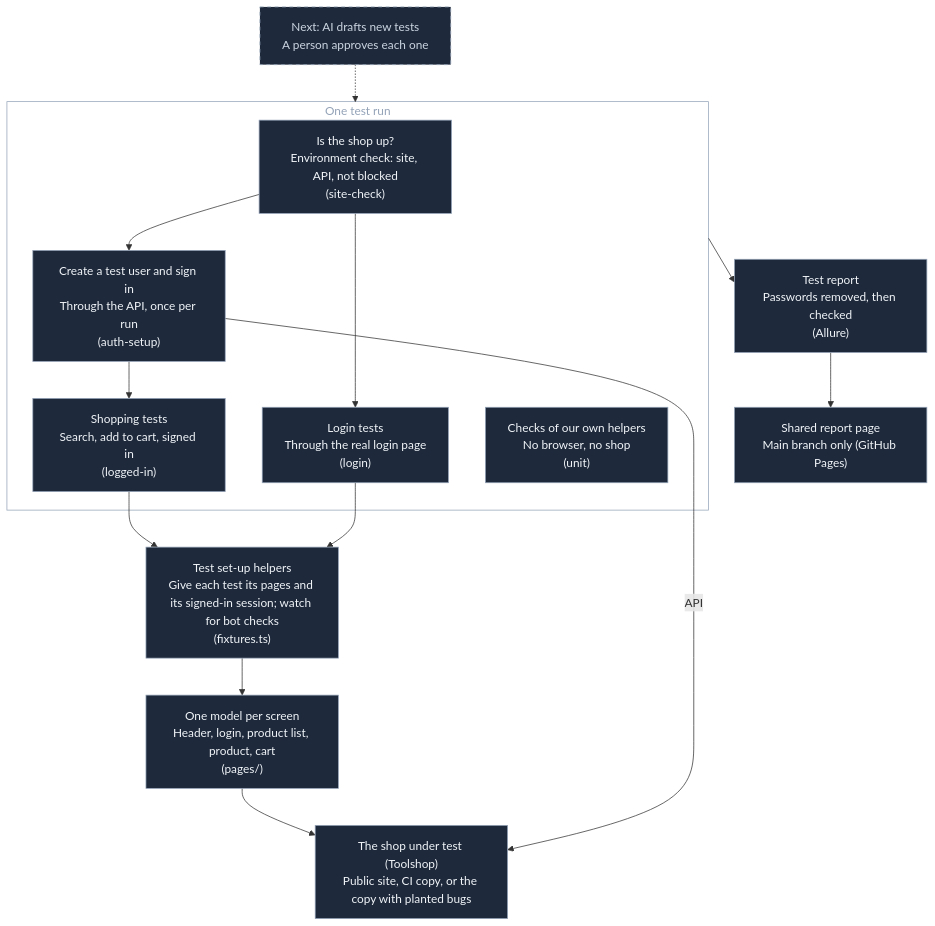
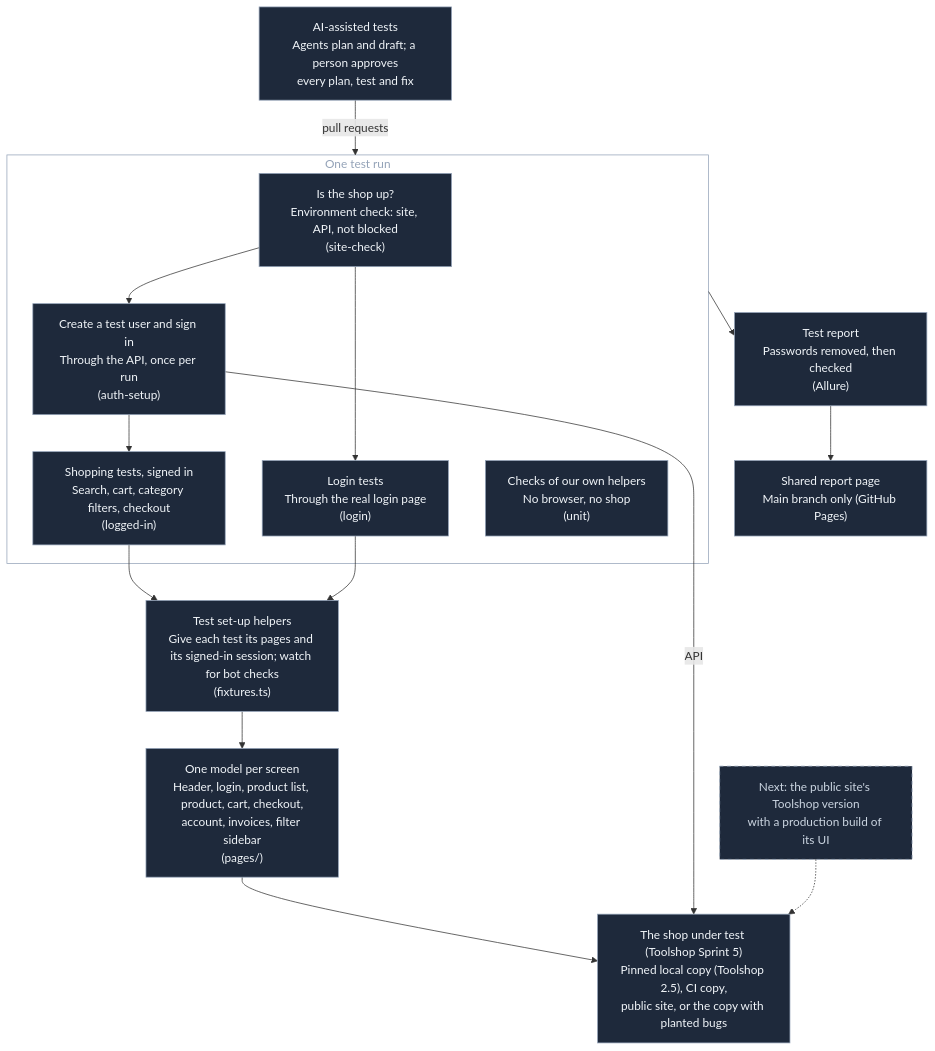
Before and after one commit to rahulsharma-qe/playwright-qa-agent: the first of 3 diagrams in docs/architecture.md, drawn with Mermaid. The commit also changed other lines of this file and 2 other files, not shown here.

First line of the commit message:
Bring the architecture and low-level design up to date

````diff
--- a/docs/architecture.md
+++ b/docs/architecture.md
@@ -13,29 +15,31 @@
 ```mermaid
 flowchart TB
   subgraph RUN["One test run"]
     ENV["Is the shop up?<br/>Environment check: site, API, not blocked<br/>(site-check)"]
     USER["Create a test user and sign in<br/>Through the API, once per run<br/>(auth-setup)"]
-    SHOP["Shopping tests<br/>Search, add to cart, signed in<br/>(logged-in)"]
+    SHOP["Shopping tests, signed in<br/>Search, cart, category filters, checkout<br/>(logged-in)"]
     LOGIN["Login tests<br/>Through the real login page<br/>(login)"]
     UNIT["Checks of our own helpers<br/>No browser, no shop<br/>(unit)"]
   end
   HELP["Test set-up helpers<br/>Give each test its pages and its signed-in session; watch for bot checks<br/>(fixtures.ts)"]
-  SCREENS["One model per screen<br/>Header, login, product list, product, cart<br/>(pages/)"]
-  APP["The shop under test (Toolshop)<br/>Public site, CI copy, or the copy with planted bugs"]
+  SCREENS["One model per screen<br/>Header, login, product list, product, cart, checkout,<br/>account, invoices, filter sidebar<br/>(pages/)"]
+  APP["The shop under test (Toolshop Sprint 5)<br/>Pinned local copy (Toolshop 2.5), CI copy,<br/>public site, or the copy with planted bugs"]
   REP["Test report<br/>Passwords removed, then checked<br/>(Allure)"]
   PUB["Shared report page<br/>Main branch only (GitHub Pages)"]
-  NEXT["Next: AI drafts new tests<br/>A person approves each one"]
+  AI["AI-assisted tests<br/>Agents plan and draft; a person approves<br/>every plan, test and fix"]
+  NEXT["Next: the public site's Toolshop version<br/>with a production build of its UI"]
   ENV --> USER --> SHOP
   ENV --> LOGIN
   SHOP --> HELP
   LOGIN --> HELP
   HELP --> SCREENS --> APP
   USER -->|API| APP
   RUN --> REP --> PUB
-  NEXT -.-> RUN
+  AI -->|pull requests| RUN
+  NEXT -.-> APP
   classDef box fill:#1e293b,stroke:#94a3b8,color:#f1f5f9
   classDef later fill:#1e293b,stroke:#94a3b8,color:#cbd5e1,stroke-dasharray: 5 5
-  class ENV,USER,SHOP,LOGIN,UNIT,HELP,SCREENS,APP,REP,PUB box
+  class ENV,USER,SHOP,LOGIN,UNIT,HELP,SCREENS,APP,REP,PUB,AI box
   class NEXT later
   style RUN fill:transparent,stroke:#94a3b8,color:#94a3b8
 ```
````
